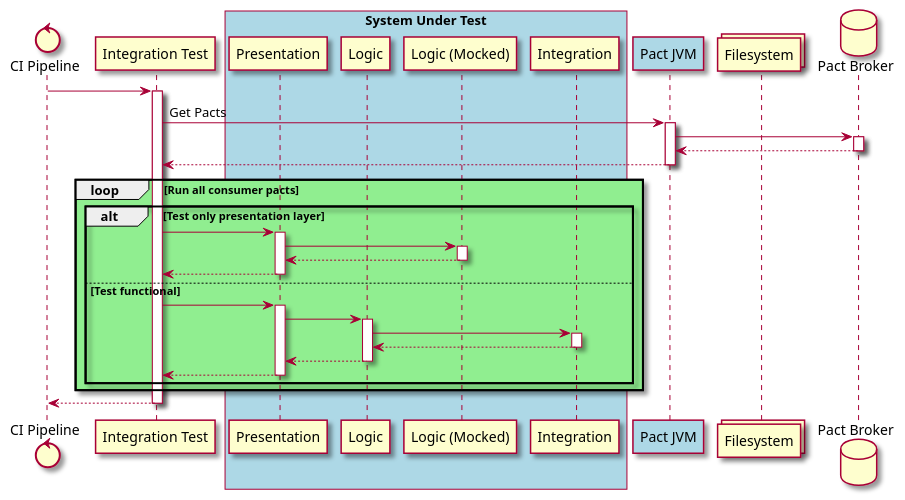
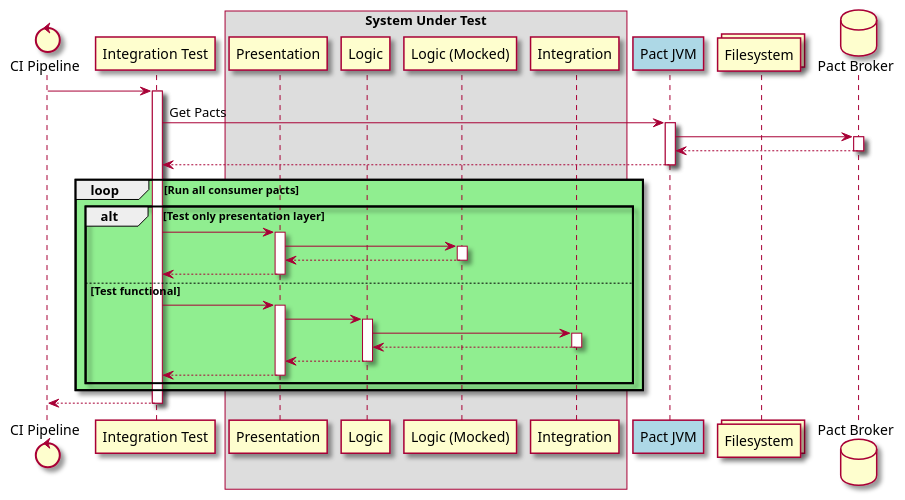
One commit to tomasbjerre/pact-sandbox changed the diagram in docs/pact-provider.puml. Above: the diagram before and after it, drawn with PlantUML. The commit also changed 1 other file, not shown here.

```diff
--- a/docs/pact-provider.puml
+++ b/docs/pact-provider.puml
@@ -2,58 +2,58 @@
 @startuml pact-provider
 skin rose
 
 Control "CI Pipeline" as CI
 
 participant "Integration Test" as IT
-box "System Under Test" #LightBlue
+box "System Under Test"
     participant "Presentation" as SUT
     participant "Logic" as LOGIC
     participant "Logic (Mocked)" as LOGICMOCK
     participant "Integration" as INT
 end box
 participant "Pact JVM" as PJVM #LightBlue
 
 Collections "Filesystem" as FS
 database "Pact Broker" as BROKER
 
 CI -> IT
 activate IT
     IT -> PJVM: Get Pacts
     activate PJVM
         PJVM -> BROKER
         activate BROKER
             BROKER --> PJVM
         deactivate BROKER
         PJVM --> IT
     deactivate PJVM
 
     loop #LightGreen Run all consumer pacts
         alt Test only presentation layer
             IT -> SUT
             activate SUT
                 SUT -> LOGICMOCK
                 activate LOGICMOCK
                     LOGICMOCK --> SUT
                 deactivate LOGICMOCK
                 SUT --> IT
             deactivate SUT
         else Test functional
             IT -> SUT
             activate SUT
                 SUT -> LOGIC
                 activate LOGIC
                     LOGIC -> INT
                     activate INT
                         INT --> LOGIC
                     deactivate INT
                     LOGIC --> SUT
                 deactivate LOGIC
                 SUT --> IT
             deactivate SUT
         end alt
     end
 
     IT --> CI
 deactivate IT
 
 @enduml
```
